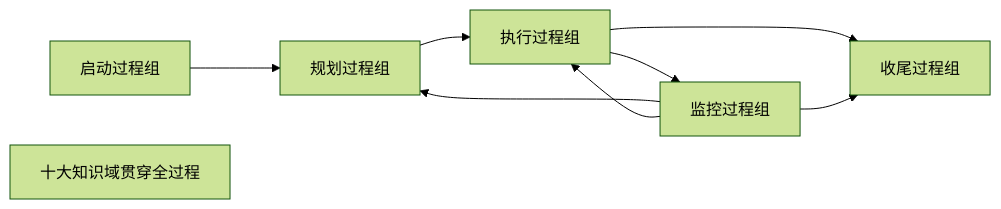
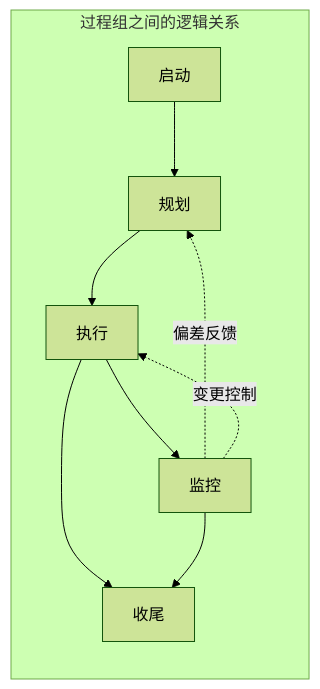
Before and after one commit to wrd233/ruankao: the second of 6 diagrams in topic_learning_packages/topics/02_项目管理基础/T-PM-002_专题学习包_五大过程组十大知识域与PDCA.md, drawn with Mermaid (forest theme). The commit also changed other lines of this file and 17 other files, not shown here.

````diff
--- a/topic_learning_packages/topics/02_项目管理基础/T-PM-002_专题学习包_五大过程组十大知识域与PDCA.md
+++ b/topic_learning_packages/topics/02_项目管理基础/T-PM-002_专题学习包_五大过程组十大知识域与PDCA.md
@@ -11,12 +58,12 @@
 ```mermaid
 flowchart LR
-    A[启动过程组] --> B[规划过程组]
-    B --> C[执行过程组]
-    C --> D[监控过程组]
-    D --> B
-    D --> C
-    C --> E[收尾过程组]
+    subgraph 过程组之间的逻辑关系
+    A[启动] --> B[规划]
+    B --> C[执行]
+    C --> D[监控]
+    D -.->|偏差反馈| B
+    D -.->|变更控制| C
+    C --> E[收尾]
     D --> E
-    
-    F[十大知识域贯穿全过程]
+    end
 ```
````
